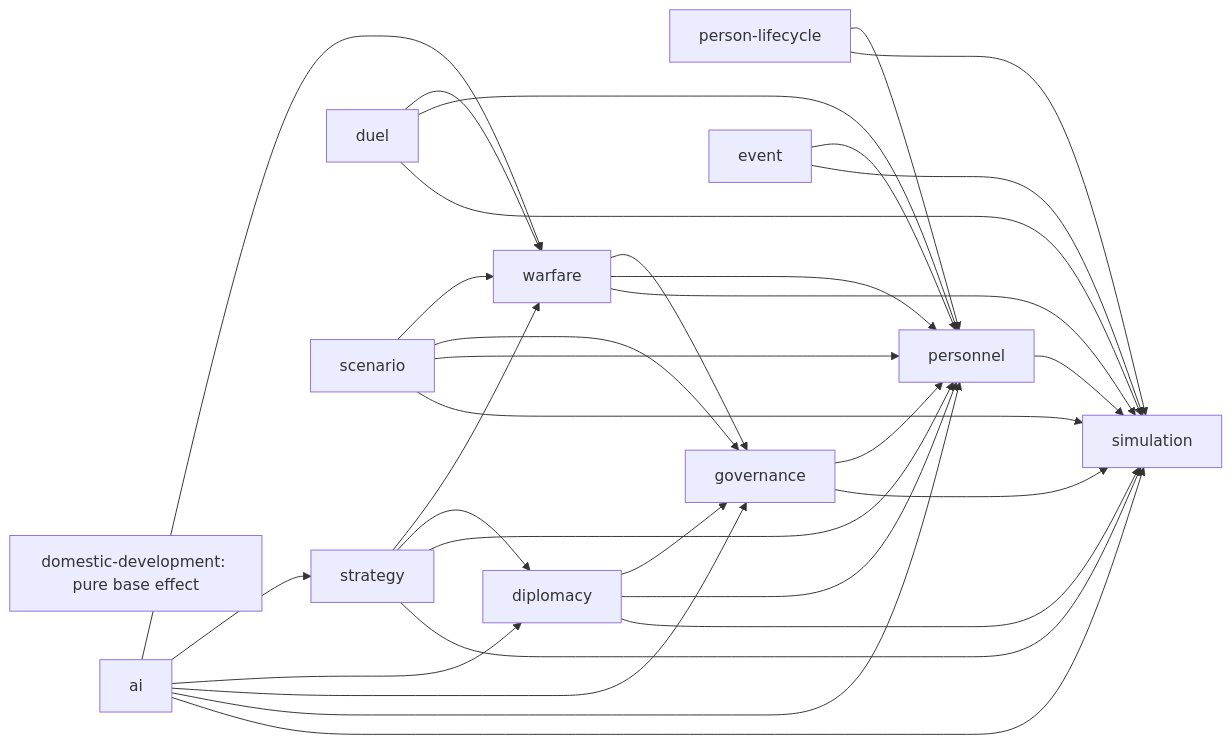
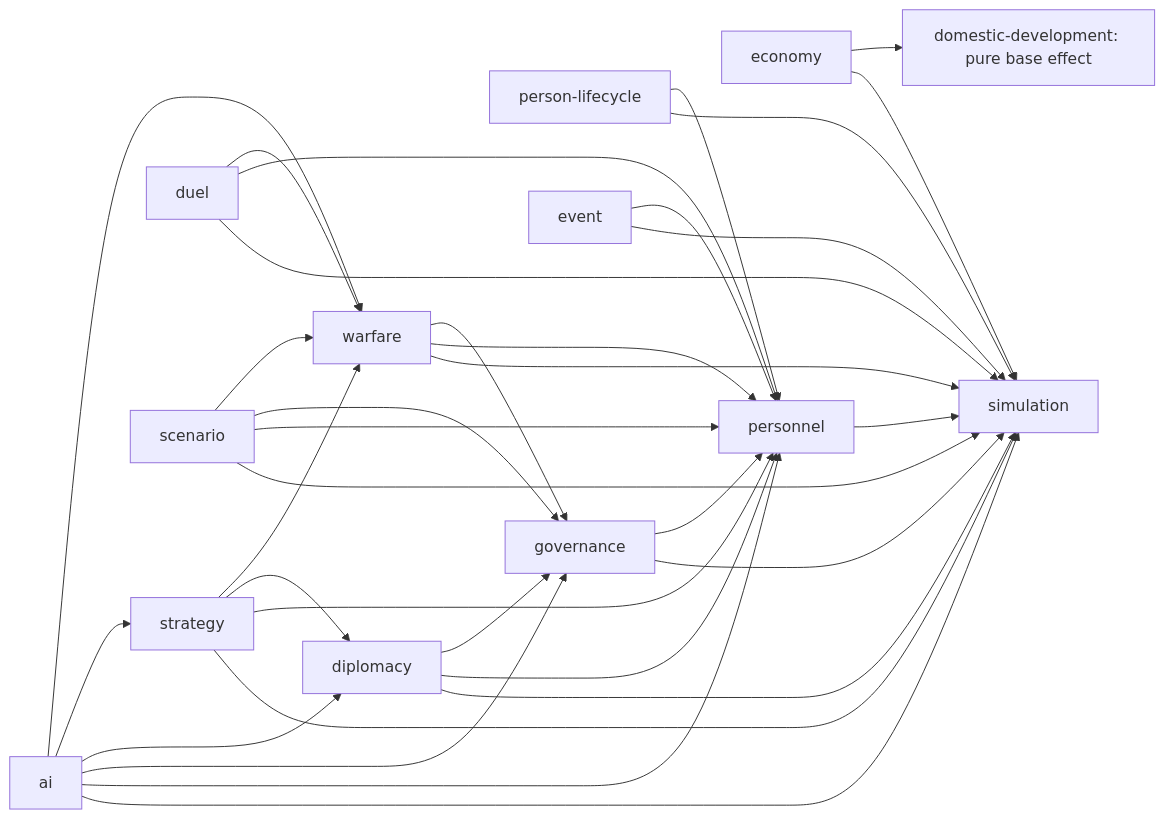
Before and after one commit to cdd1037/san9-remake: the diagram in specs/behavior/core-domain-dependency-map.md, drawn with Mermaid. The commit also changed other lines of this file and 59 other files, not shown here.

First line of the commit message:
feat(economy): implement domestic actions and recurring resource cycles

````diff
--- a/specs/behavior/core-domain-dependency-map.md
+++ b/specs/behavior/core-domain-dependency-map.md
@@ -18,34 +18,36 @@
 ```mermaid
 flowchart LR
   Domestic[domestic-development: pure base effect]
+  Economy[economy] --> Domestic
+  Economy --> Simulation
   Personnel[personnel] --> Simulation[simulation]
   Lifecycle[person-lifecycle] --> Personnel
   Lifecycle --> Simulation
   Governance[governance] --> Personnel
   Governance --> Simulation
   Warfare[warfare] --> Governance
   Warfare --> Personnel
   Warfare --> Simulation
   Diplomacy[diplomacy] --> Governance
   Diplomacy --> Personnel
   Diplomacy --> Simulation
   Strategy[strategy] --> Warfare
   Strategy --> Diplomacy
   Strategy --> Personnel
   Strategy --> Simulation
   Duel[duel] --> Warfare
   Duel --> Personnel
   Duel --> Simulation
   Event[event] --> Personnel
   Event --> Simulation
   Scenario[scenario] --> Warfare
   Scenario --> Governance
   Scenario --> Personnel
   Scenario --> Simulation
   AI[ai] --> Warfare
   AI --> Strategy
   AI --> Diplomacy
   AI --> Governance
   AI --> Personnel
   AI --> Simulation
 ```
````
